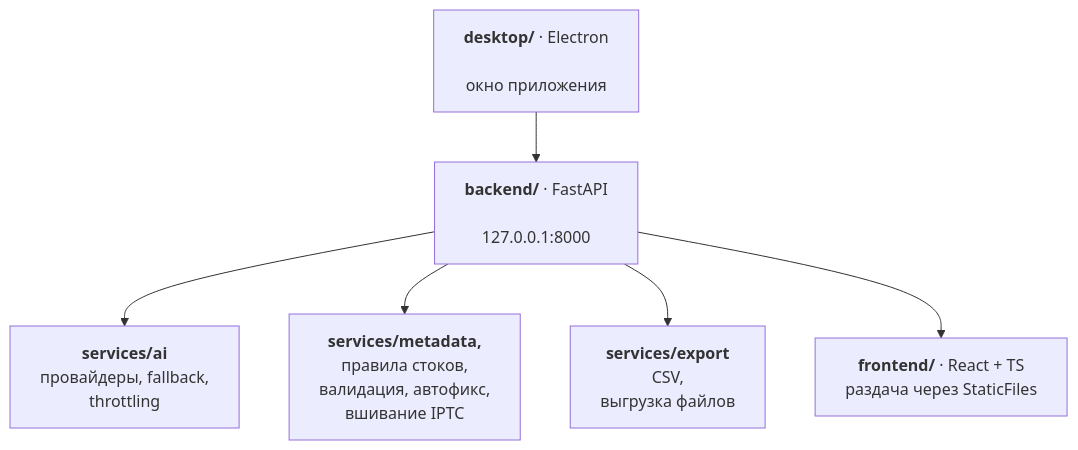
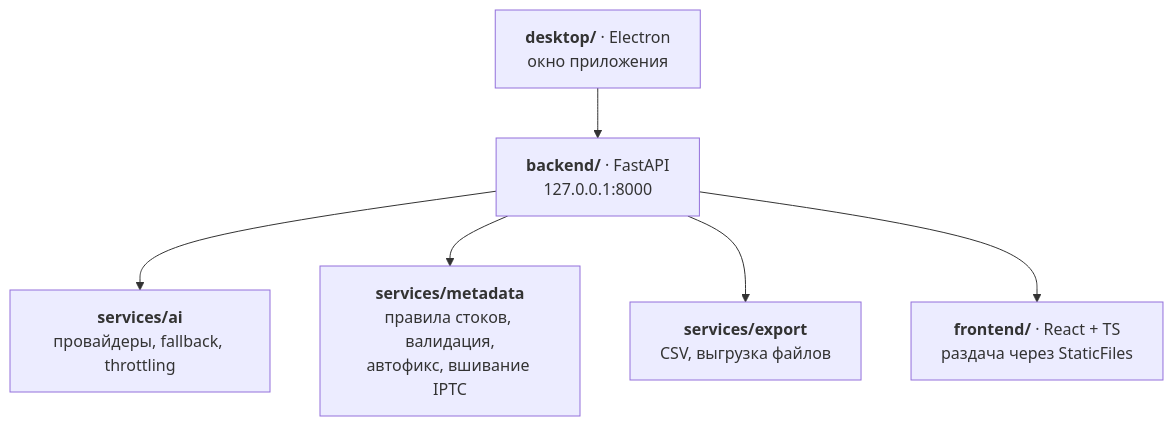
One commit to SlavaKlkv/photo_metadata_ai changed the diagram in README.md. Above: the diagram before and after it, drawn with Mermaid.

Commit message:
docs: fix bold and line breaks in architecture diagram
GitHub санитизирует HTML в подписях mermaid, поэтому <b> не давал жирного
начертания. Подписи переведены на markdown-строки mermaid. Заодно убраны
литеральные \n, из-за которых после заголовка блока появлялась пустая строка,
и отступы в продолжениях строк, ломавшие перенос.

````diff
--- a/README.md
+++ b/README.md
@@ -66,9 +66,16 @@
 ```mermaid
 flowchart TB
-  E["<b>desktop/</b> · Electron<br/>\nокно приложения"] --> B["<b>backend/</b> · FastAPI<br/>\n127.0.0.1:8000"]
+  E["`**desktop/** · Electron
+окно приложения`"] --> B["`**backend/** · FastAPI
+127.0.0.1:8000`"]
 
-  B --> AI["<b>services/ai</b> <br/>провайдеры, fallback, <br/>throttling"]
-  B --> META["<b>services/metadata,</b><br/> правила стоков,<br/> валидация, автофикс,<br/> вшивание IPTC"]
-  B --> EXP["<b>services/export</b><br/> CSV,<br/> выгрузка файлов"]
-  B --> UI["<b>frontend/</b> · React + TS<br/> раздача через StaticFiles"]
+  B --> AI["`**services/ai**
+провайдеры, fallback, throttling`"]
+  B --> META["`**services/metadata**
+правила стоков, валидация,
+автофикс, вшивание IPTC`"]
+  B --> EXP["`**services/export**
+CSV, выгрузка файлов`"]
+  B --> UI["`**frontend/** · React + TS
+раздача через StaticFiles`"]
 ```
````
